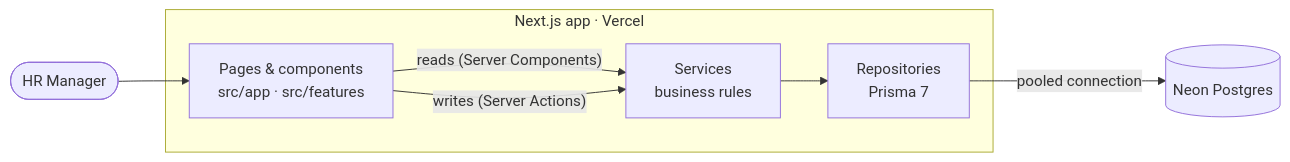
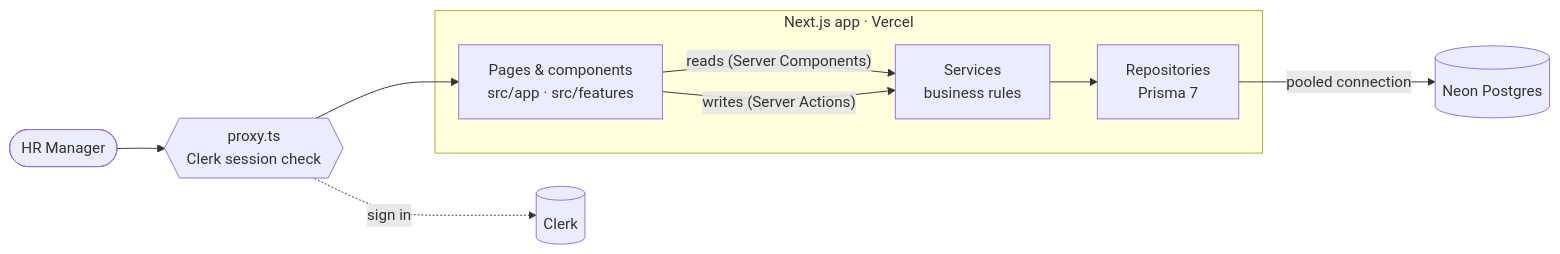
The diagram in docs/02-architecture.md (punyakrit/Salary-management), drawn with Mermaid before and after one commit. The commit also changed other lines of this file and 8 other files, not shown here.

Commit message:
docs: add README and AI usage log; update scope and architecture

````diff
--- a/docs/02-architecture.md
+++ b/docs/02-architecture.md
@@ -5,13 +5,15 @@
 ```mermaid
 flowchart LR
-    HR([HR Manager]) --> UI
+    HR([HR Manager]) --> PX
+    PX{{"proxy.ts<br/>Clerk session check"}} --> UI
+    PX -. sign in .-> CLERK[(Clerk)]
     subgraph app["Next.js app · Vercel"]
         UI["Pages & components<br/>src/app · src/features"]
         SVC["Services<br/>business rules"]
         REPO["Repositories<br/>Prisma 7"]
         UI -- "reads (Server Components)" --> SVC
         UI -- "writes (Server Actions)" --> SVC
         SVC --> REPO
     end
     REPO -- pooled connection --> DB[(Neon Postgres)]
 ```
````
